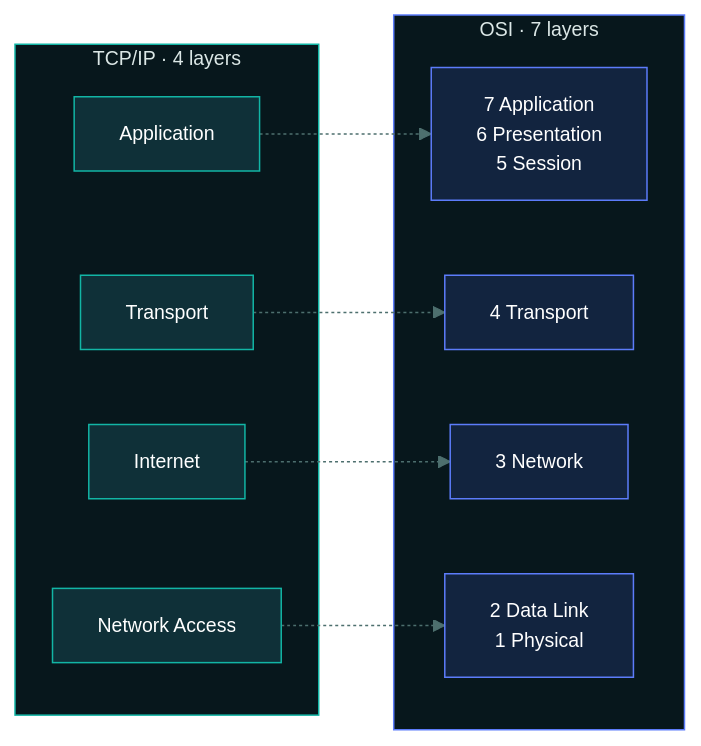
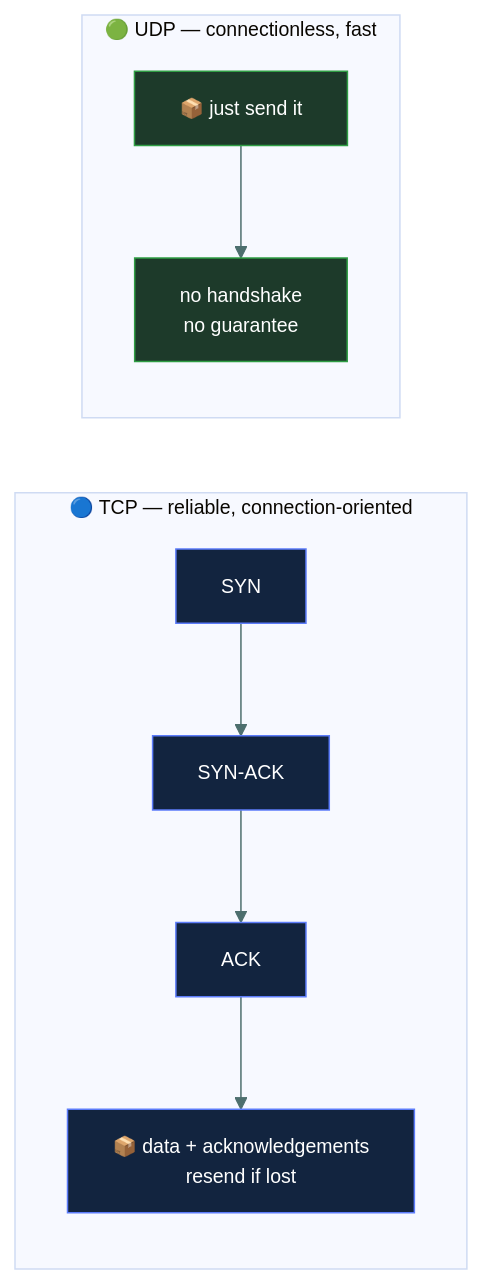
One commit to tarunTejaDesireddy/cc-exam-prep changed the second of 5 diagrams in 04-network-security/osi-and-tcpip/README.md. Above: the diagram before and after it, drawn with Mermaid. The commit also changed other lines of this file, not shown here.

Commit message:
Replace OSI and TCP/IP with caveman-style version, diagrams and questions

````diff
--- a/04-network-security/osi-and-tcpip/README.md
+++ b/04-network-security/osi-and-tcpip/README.md
@@ -129,31 +173,17 @@
 ```mermaid
 %%{init: {'theme':'base','themeVariables':{'fontSize':'13px','lineColor':'#4d6f6e','textColor':'#dbe7e6'}}}%%
 flowchart LR
-    subgraph TCPIP["TCP/IP · 4 layers"]
-        T4["Application"]
-        T3["Transport"]
-        T2["Internet"]
-        T1["Network Access"]
+    subgraph TCP["🔵 TCP — reliable, connection-oriented"]
+        T1["SYN"] --> T2["SYN-ACK"] --> T3["ACK"] --> T4["📦 data + acknowledgements<br/>resend if lost"]
     end
-    subgraph OSI["OSI · 7 layers"]
-        O7["7 Application<br/>6 Presentation<br/>5 Session"]
-        O4["4 Transport"]
-        O3["3 Network"]
-        O2["2 Data Link<br/>1 Physical"]
+    subgraph UDP["🟢 UDP — connectionless, fast"]
+        U1["📦 just send it"] --> U2["no handshake<br/>no guarantee"]
     end
-    T4 -.-> O7
-    T3 -.-> O4
-    T2 -.-> O3
-    T1 -.-> O2
 
-    style T4 fill:#0f3038,stroke:#12B5A5,color:#fff
-    style T3 fill:#0f3038,stroke:#12B5A5,color:#fff
-    style T2 fill:#0f3038,stroke:#12B5A5,color:#fff
-    style T1 fill:#0f3038,stroke:#12B5A5,color:#fff
-    style O7 fill:#12243f,stroke:#5C7CFA,color:#fff
-    style O4 fill:#12243f,stroke:#5C7CFA,color:#fff
-    style O3 fill:#12243f,stroke:#5C7CFA,color:#fff
-    style O2 fill:#12243f,stroke:#5C7CFA,color:#fff
-    style TCPIP fill:#07171c,stroke:#12B5A5,color:#dbe7e6
-    style OSI fill:#07171c,stroke:#5C7CFA,color:#dbe7e6
+    style T1 fill:#12243f,stroke:#5C7CFA,color:#fff
+    style T2 fill:#12243f,stroke:#5C7CFA,color:#fff
+    style T3 fill:#12243f,stroke:#5C7CFA,color:#fff
+    style T4 fill:#12243f,stroke:#5C7CFA,color:#fff
+    style U1 fill:#1d3a2a,stroke:#2F9E44,color:#fff
+    style U2 fill:#1d3a2a,stroke:#2F9E44,color:#fff
 ```
````
